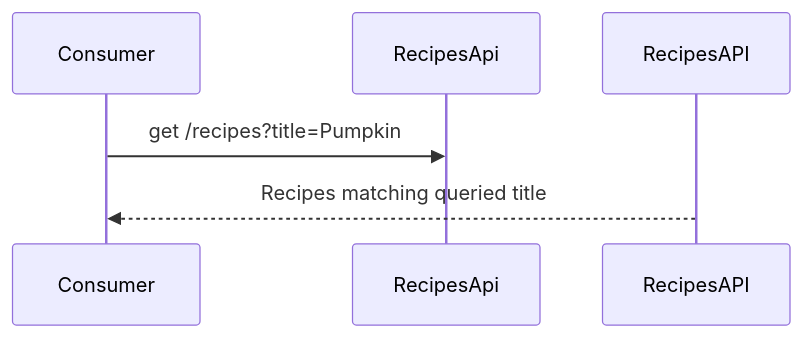
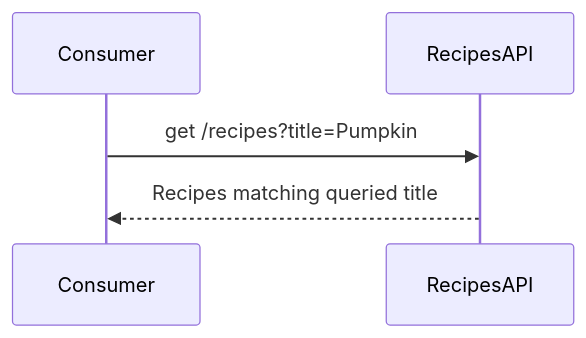
Before and after one commit to enisspahi/contract-first-api-example: the second of 3 diagrams in docs/hugo-docdock/content/introduction/use_cases.md, drawn with Mermaid. The commit also changed other lines of this file, not shown here.

```diff
--- a/docs/hugo-docdock/content/introduction/use_cases.md
+++ b/docs/hugo-docdock/content/introduction/use_cases.md
@@ -14,5 +14,5 @@
 {{< mermaid >}}
     sequenceDiagram
-        Consumer->>RecipesApi: get /recipes?title=Pumpkin
+        Consumer->>RecipesAPI: get /recipes?title=Pumpkin
         RecipesAPI-->>Consumer: Recipes matching queried title
 {{< /mermaid >}}
```
